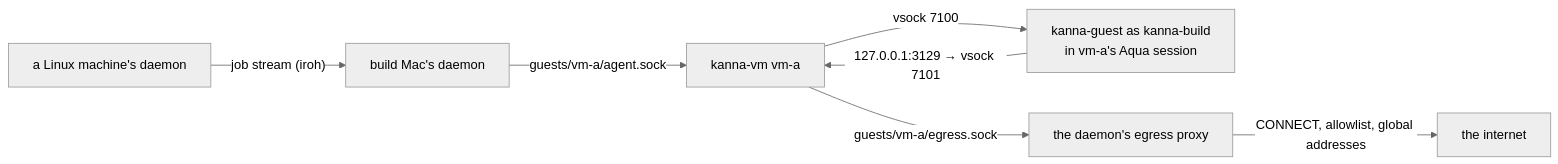
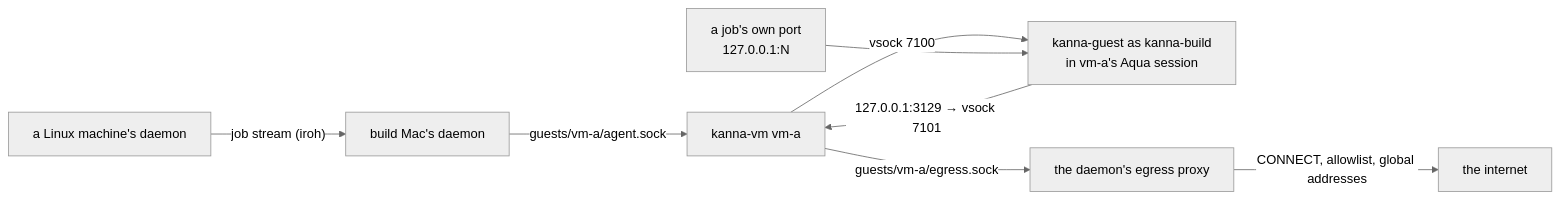
One commit to tampopogk/kanna changed the second of 2 diagrams in docs/specs/build-macs.md. Above: the diagram before and after it, drawn with Mermaid (neutral theme). The commit also changed other lines of this file, not shown here.

Commit message:
build-macs spec: the job proxy and Zig, the bundle's ref, staging under the lock, retries and early cancels, DEVELOPER_DIR, the intake's replace rule, new limits

````diff
--- a/docs/specs/build-macs.md
+++ b/docs/specs/build-macs.md
@@ -77,9 +77,10 @@
 ```mermaid
 flowchart LR
     L["a Linux machine's daemon"] -->|"job stream (iroh)"| D["build Mac's daemon"]
     D -->|"guests/vm-a/agent.sock"| V["kanna-vm vm-a"]
     V -->|"vsock 7100"| G["kanna-guest as kanna-build<br/>in vm-a's Aqua session"]
+    J["a job's own port<br/>127.0.0.1:N"] --> G
     G -->|"127.0.0.1:3129 → vsock 7101"| V
     V -->|"guests/vm-a/egress.sock"| P["the daemon's egress proxy"]
     P -->|"CONNECT, allowlist, global addresses"| I["the internet"]
 ```
````
